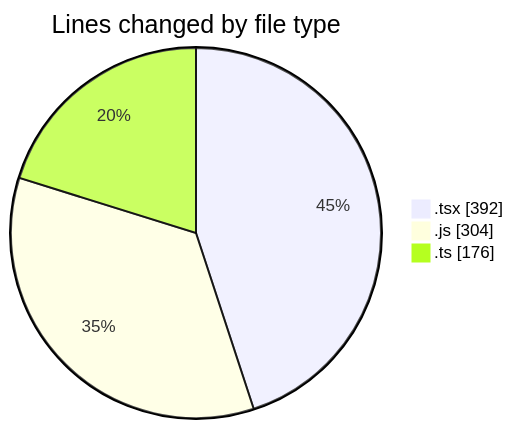
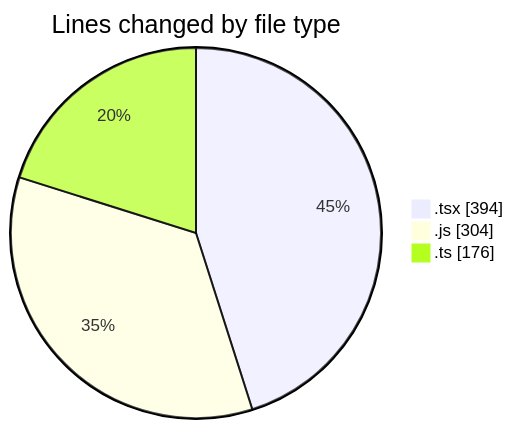
Before and after one commit to momahboobian/code-tracking: the first of 2 diagrams in 2025-02-26/cda/README.md, drawn with Mermaid. The commit also changed other lines of this file and 1 other file, not shown here.

````diff
--- a/2025-02-26/cda/README.md
+++ b/2025-02-26/cda/README.md
@@ -30,7 +30,7 @@
 ```mermaid
 pie showData
 title Lines changed by file type
-".tsx" : 392
+".tsx" : 394
 ".js" : 304
 ".ts" : 176
 ```
````
